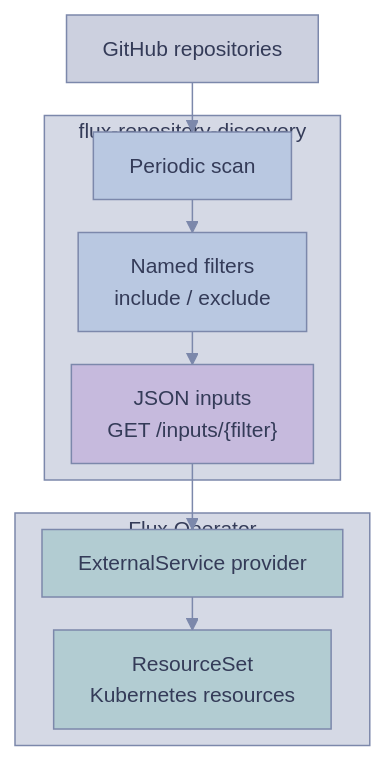
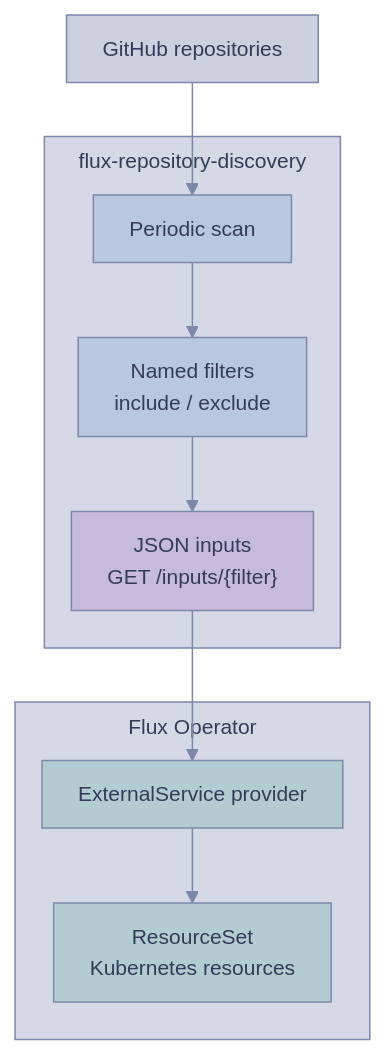
The second of 6 diagrams in docs/mermaid-palettes.md (vterdunov/flux-repository-discovery), drawn with Mermaid before and after one commit. The commit also changed other lines of this file, not shown here.

Commit message:
docs: give comparison diagrams room for group labels

````diff
--- a/docs/mermaid-palettes.md
+++ b/docs/mermaid-palettes.md
@@ -63,42 +66,45 @@
 ```mermaid
 ---
 config:
   theme: base
   themeVariables:
     fontFamily: "system-ui, sans-serif"
     fontSize: "14px"
     primaryColor: "#b9c8e1"
     primaryTextColor: "#343b58"
     primaryBorderColor: "#7c88ab"
     lineColor: "#7c88ab"
     textColor: "#343b58"
     clusterBkg: "#d5d9e5"
     clusterBorder: "#7c88ab"
     titleColor: "#343b58"
   flowchart:
     nodeSpacing: 16
-    rankSpacing: 22
+    rankSpacing: 50
     padding: 12
+    subGraphTitleMargin:
+      top: 6
+      bottom: 8
 ---
 flowchart TB
     github["GitHub repositories"]
 
     subgraph discovery["flux-repository-discovery"]
         scan["Periodic scan"] --> filters["Named filters<br/>include / exclude"]
         filters --> inputs["JSON inputs<br/>GET /inputs/{filter}"]
     end
 
     subgraph flux["Flux Operator"]
         provider["ExternalService provider"] --> resources["ResourceSet<br/>Kubernetes resources"]
     end
 
     github --> scan
     inputs --> provider
 
     classDef source fill:#ccd0df,stroke:#7c88ab,color:#343b58
     classDef output fill:#c6badd,stroke:#7c88ab,color:#343b58
     classDef consumer fill:#b2ccd2,stroke:#7c88ab,color:#343b58
     class github source
     class inputs output
     class provider,resources consumer
 ```
````
